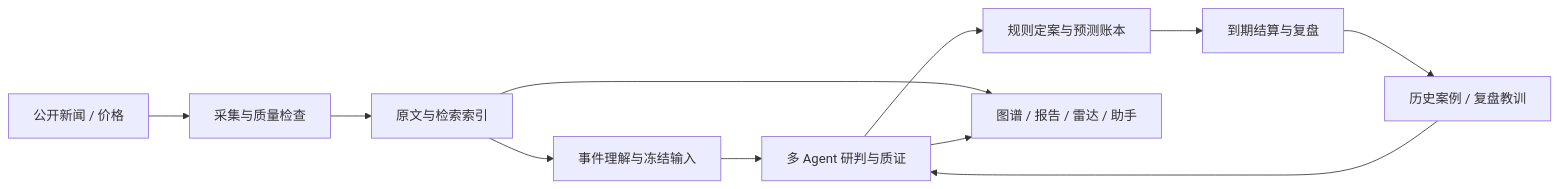
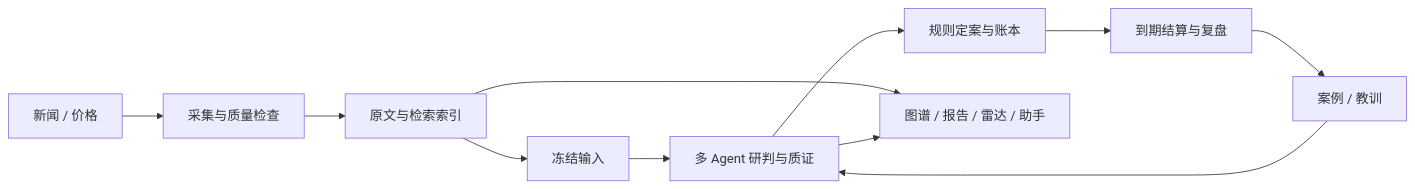
Before and after one commit to luxiaoyu0731/poy-dty-agent: the diagram in README.md, drawn with Mermaid. The commit also changed other lines of this file and 38 other files, not shown here.

````diff
--- a/README.md
+++ b/README.md
@@ -55,13 +24,13 @@
 ```mermaid
 flowchart LR
-    A[公开新闻 / 价格] --> B[采集与质量检查]
-    B --> C[原文与检索索引]
-    C --> D[事件理解与冻结输入]
-    D --> E[多 Agent 研判与质证]
-    H[历史案例 / 复盘教训] --> E
-    E --> F[规则定案与预测账本]
-    F --> G[到期结算与复盘]
-    G --> H
-    C --> I[图谱 / 报告 / 雷达 / 助手]
-    E --> I
+  A[新闻 / 价格] --> B[采集与质量检查]
+  B --> C[原文与检索索引]
+  C --> D[冻结输入]
+  D --> E[多 Agent 研判与质证]
+  H[案例 / 教训] --> E
+  E --> F[规则定案与账本]
+  F --> G[到期结算与复盘]
+  G --> H
+  C --> I[图谱 / 报告 / 雷达 / 助手]
+  E --> I
 ```
````
